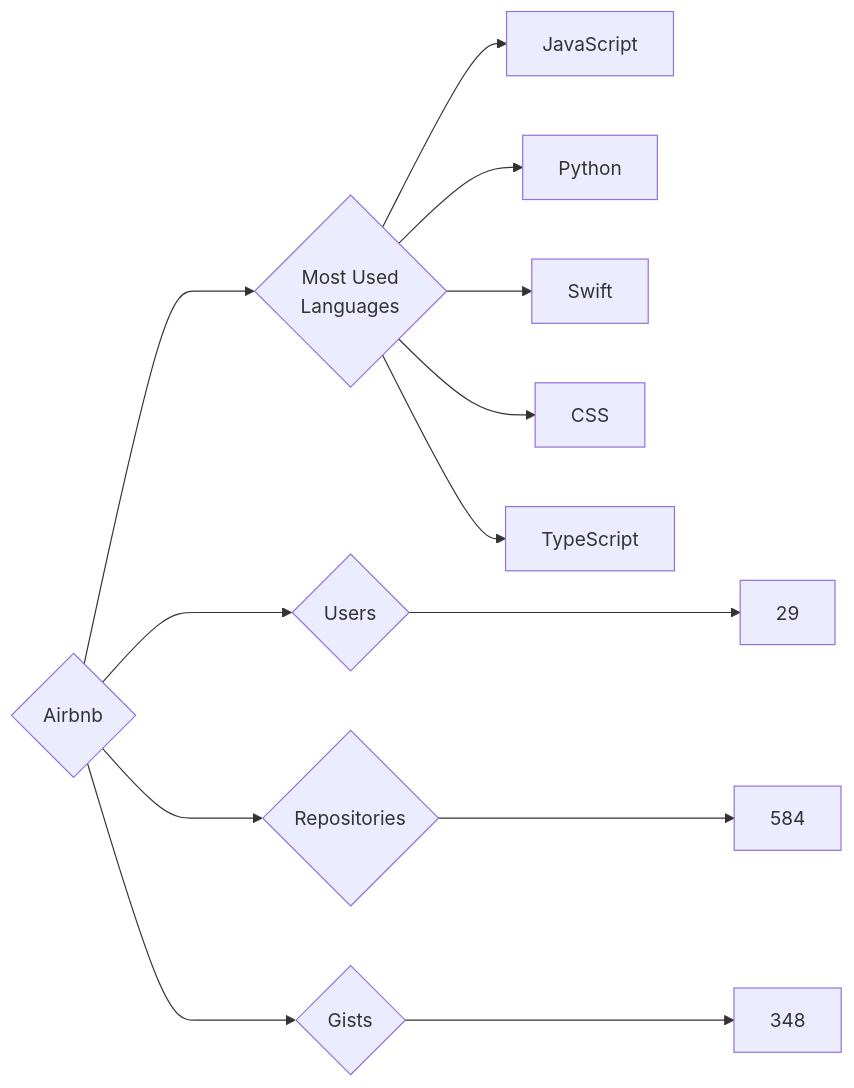
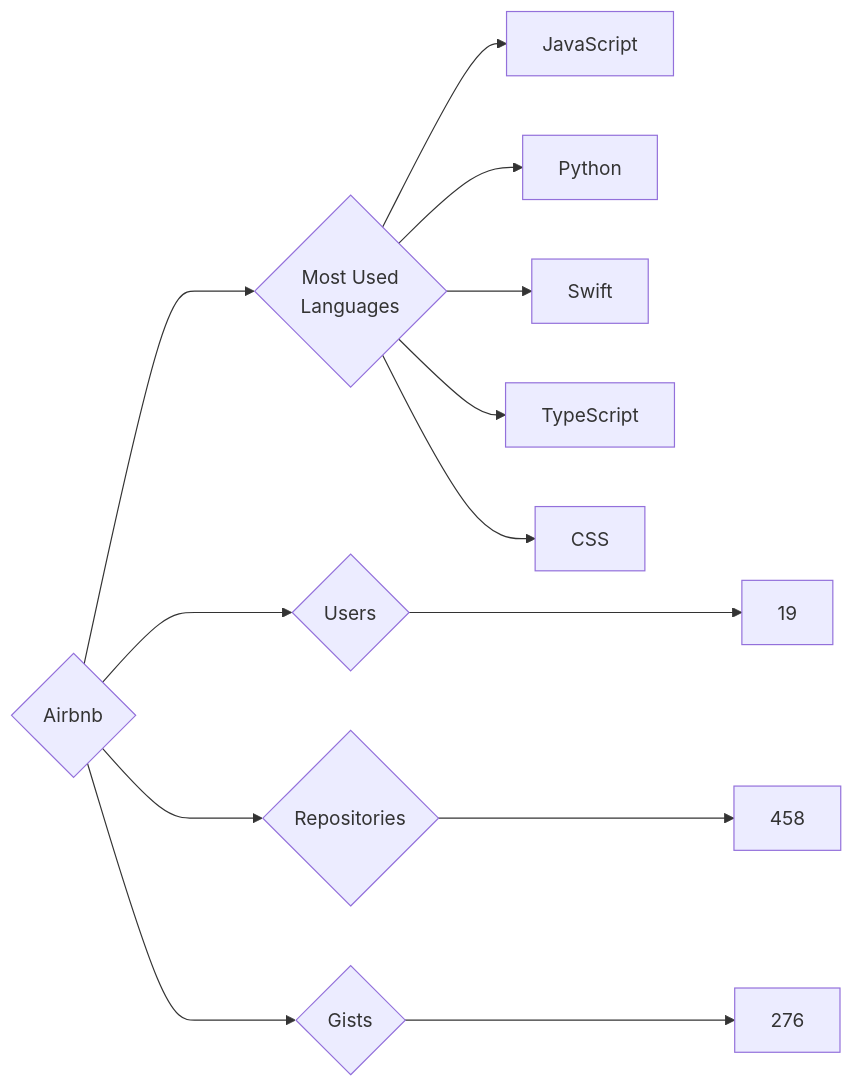
The diagram in targets/Airbnb/README.md (trickest/insiders), drawn with Mermaid before and after one commit. The commit also changed 614 other files, not shown here.

````diff
--- a/targets/Airbnb/README.md
+++ b/targets/Airbnb/README.md
@@ -3,13 +3,13 @@
 ```mermaid
 graph LR
 COMPANY_NAME{Airbnb}
-COMPANY_NAME ---> U{Users} ---> UN[29]
-COMPANY_NAME ---> R{Repositories} ---> RN[584]
-COMPANY_NAME ---> G{Gists} ---> GN[348]
+COMPANY_NAME ---> U{Users} ---> UN[19]
+COMPANY_NAME ---> R{Repositories} ---> RN[458]
+COMPANY_NAME ---> G{Gists} ---> GN[276]
 COMPANY_NAME ---> ML{Most Used<br>Languages}
 ML --> JavaScript[JavaScript]
 ML --> Python[Python]
 ML --> Swift[Swift]
+ML --> TypeScript[TypeScript]
 ML --> CSS[CSS]
-ML --> TypeScript[TypeScript]
 ```
````
